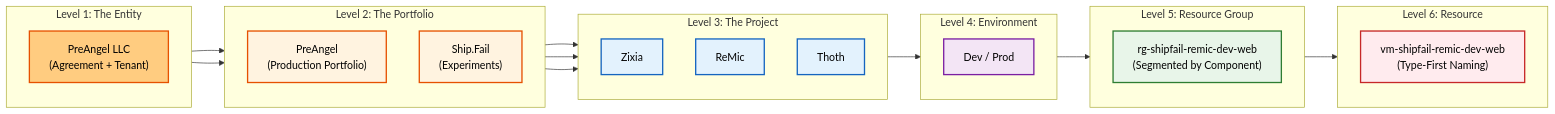
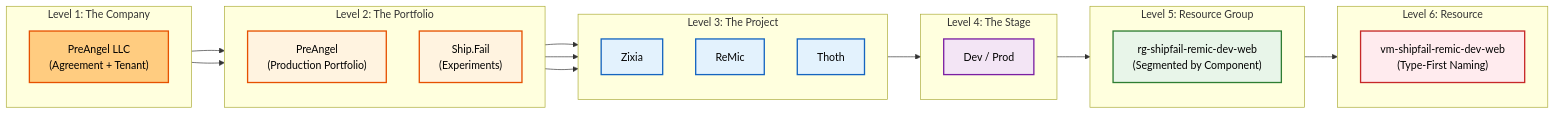
Before and after one commit to wechaty/jekyll: the diagram in jekyll/_posts/2025-11-29-vibe-coding-cloud-protocol.md, drawn with Mermaid. The commit also changed other lines of this file, not shown here.

````diff
--- a/jekyll/_posts/2025-11-29-vibe-coding-cloud-protocol.md
+++ b/jekyll/_posts/2025-11-29-vibe-coding-cloud-protocol.md
@@ -58,53 +58,53 @@
 ```mermaid
 graph LR
     %% Styling
     classDef l1 fill:#ffcc80,stroke:#e65100,stroke-width:2px,color:black
     classDef l2 fill:#fff3e0,stroke:#e65100,stroke-width:2px,color:black
     classDef l3 fill:#e3f2fd,stroke:#1565c0,stroke-width:2px,color:black
     classDef l4 fill:#f3e5f5,stroke:#7b1fa2,stroke-width:2px,color:black
     classDef l5 fill:#e8f5e9,stroke:#2e7d32,stroke-width:2px,color:black
     classDef l6 fill:#ffebee,stroke:#c62828,stroke-width:2px,color:black
 
-    subgraph Level1 ["Level 1: The Entity"]
+    subgraph Level1 ["Level 1: The Company"]
         direction TB
         Root["PreAngel LLC<br/>(Agreement + Tenant)"]:::l1
     end
 
     subgraph Level2 ["Level 2: The Portfolio"]
         direction TB
         Umb1["PreAngel<br/>(Production Portfolio)"]:::l2
         Umb2["Ship.Fail<br/>(Experiments)"]:::l2
     end
 
     subgraph Level3 ["Level 3: The Project"]
         direction TB
         Prj1["Zixia"]:::l3
         Prj2["ReMic"]:::l3
         Prj3["Thoth"]:::l3
     end
 
-    subgraph Level4 ["Level 4: Environment"]
+    subgraph Level4 ["Level 4: The Stage"]
         direction TB
         Env["Dev / Prod"]:::l4
     end
 
     subgraph Level5 ["Level 5: Resource Group"]
         direction TB
         RG["rg-shipfail-remic-dev-web<br/>(Segmented by Component)"]:::l5
     end
 
     subgraph Level6 ["Level 6: Resource"]
         direction TB
         Res["vm-shipfail-remic-dev-web<br/>(Type-First Naming)"]:::l6
     end
 
     %% Connections
     Root --> Umb1 & Umb2
     Umb1 --> Prj1
     Umb2 --> Prj2 & Prj3
     
     %% Focus on one path to keep it readable
     Prj2 --> Env
     Env --> RG
     RG --> Res
 ```
````
